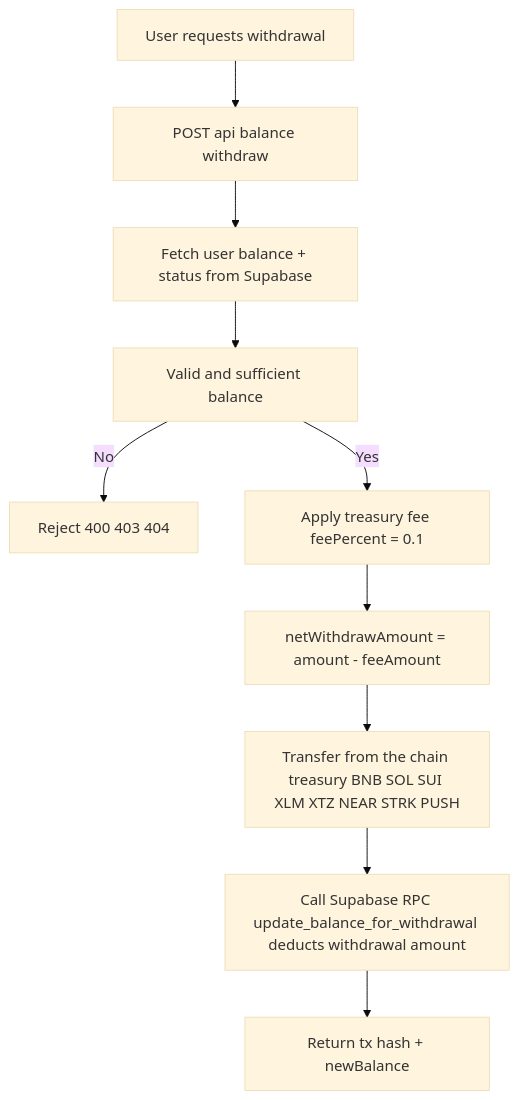
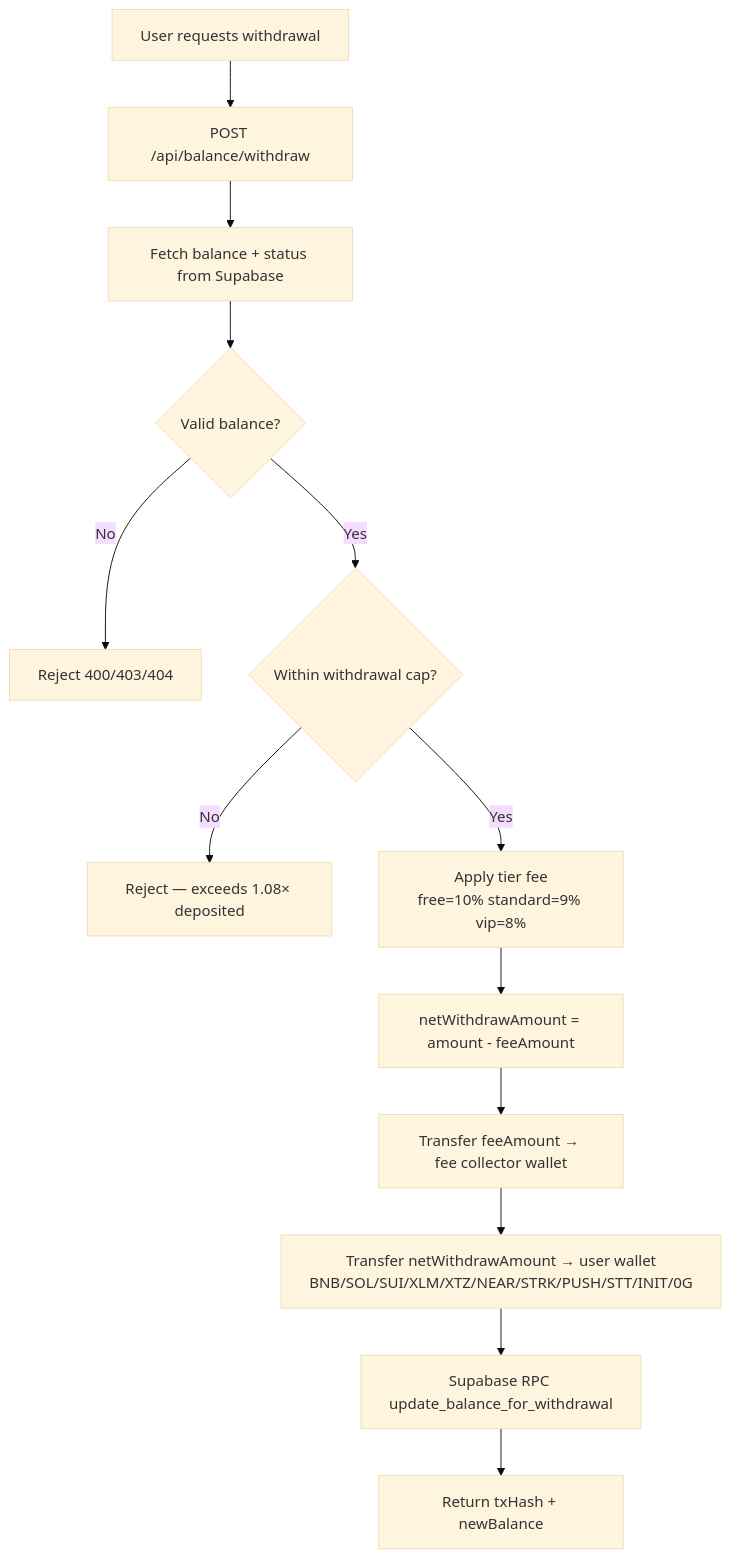
Before and after one commit to dmitro3/Bynomo: the third of 3 diagrams in README.md, drawn with Mermaid (base theme). The commit also changed other lines of this file, not shown here.

````diff
--- a/README.md
+++ b/README.md
@@ -325,14 +351,15 @@
 ```mermaid
 flowchart TD
-  U[User requests withdrawal] --> W[POST api balance withdraw]
-  W --> V[Fetch user balance + status from Supabase]
-  V --> X[Valid and sufficient balance]
-  X -- No --> Y[Reject 400 403 404]
-  X -- Yes --> Z[Apply treasury fee feePercent = 0.1]
+  U[User requests withdrawal] --> W[POST /api/balance/withdraw]
+  W --> V[Fetch balance + status from Supabase]
+  V --> X{Valid balance?}
+  X -- No --> Y[Reject 400/403/404]
+  X -- Yes --> CAP{Within withdrawal cap?}
+  CAP -- No --> CAPERR[Reject — exceeds 1.08× deposited]
+  CAP -- Yes --> Z[Apply tier fee\nfree=10% standard=9% vip=8%]
   Z --> T[netWithdrawAmount = amount - feeAmount]
-
-  T --> S[Transfer from the chain treasury BNB SOL SUI XLM XTZ NEAR STRK PUSH]
-  S --> R[Call Supabase RPC update_balance_for_withdrawal deducts withdrawal amount]
-
-  R --> OK[Return tx hash + newBalance]
+  T --> FEE[Transfer feeAmount → fee collector wallet]
+  FEE --> S[Transfer netWithdrawAmount → user wallet\nBNB/SOL/SUI/XLM/XTZ/NEAR/STRK/PUSH/STT/INIT/0G]
+  S --> R[Supabase RPC update_balance_for_withdrawal]
+  R --> OK[Return txHash + newBalance]
 ```
````
